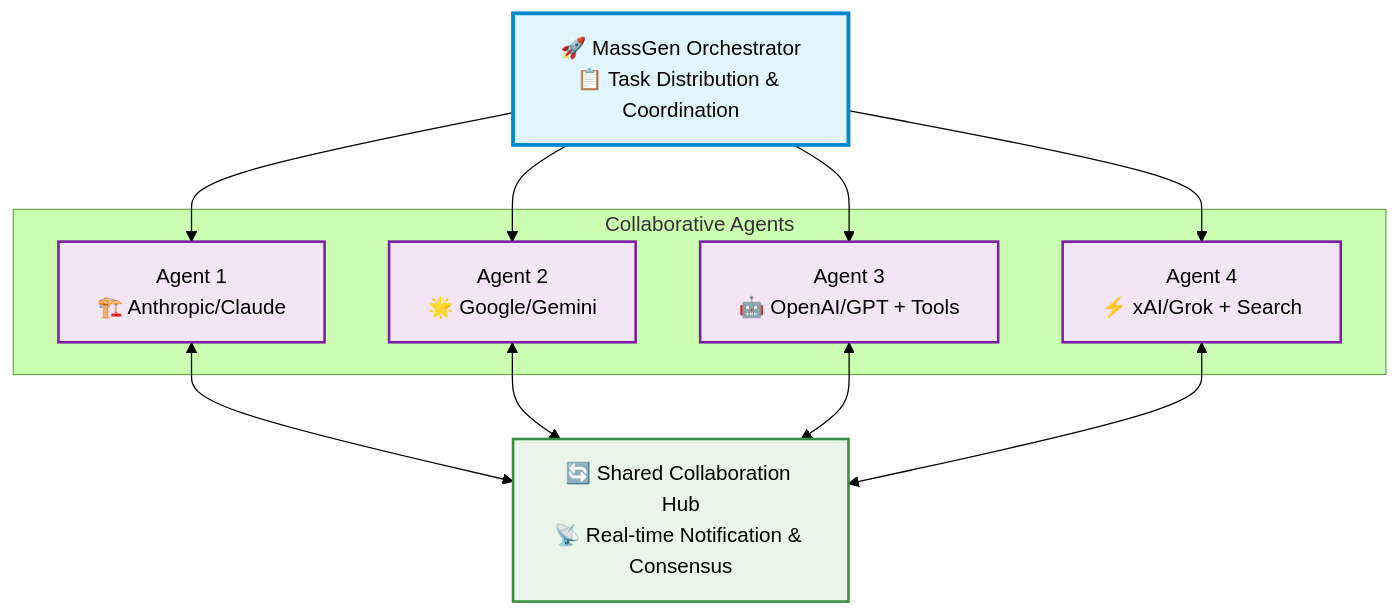
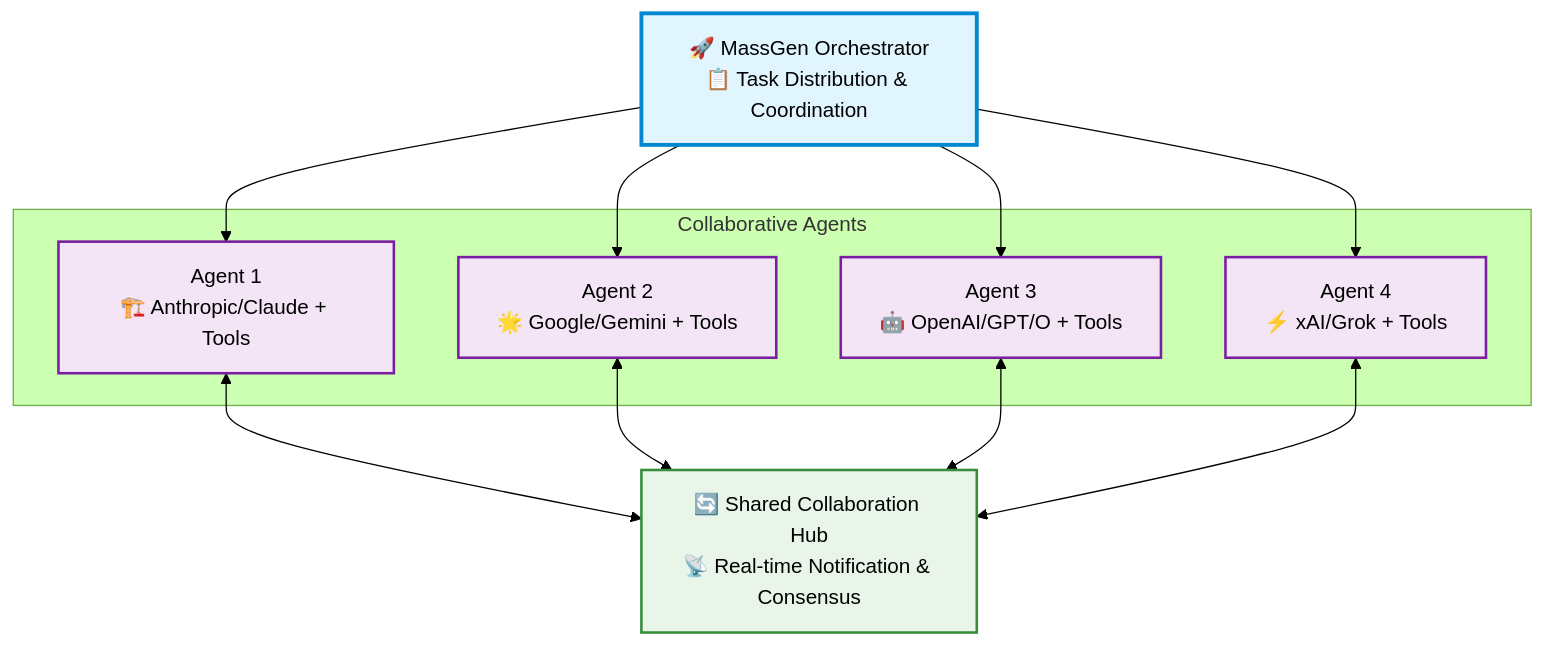
Before and after one commit to qidanrui/MassGen: the diagram in README.md, drawn with Mermaid (forest theme).

Commit message:
small fix

````diff
--- a/README.md
+++ b/README.md
@@ -46,24 +46,24 @@
 ```mermaid
 graph TB
     O[🚀 MassGen Orchestrator<br/>📋 Task Distribution & Coordination]
 
     subgraph Collaborative Agents
-        A1[Agent 1<br/>🏗️ Anthropic/Claude]
-        A2[Agent 2<br/>🌟 Google/Gemini]
-        A3[Agent 3<br/>🤖 OpenAI/GPT + Tools]
-        A4[Agent 4<br/>⚡ xAI/Grok + Search]
+        A1[Agent 1<br/>🏗️ Anthropic/Claude + Tools]
+        A2[Agent 2<br/>🌟 Google/Gemini + Tools]
+        A3[Agent 3<br/>🤖 OpenAI/GPT/O + Tools]
+        A4[Agent 4<br/>⚡ xAI/Grok + Tools]
     end
 
     H[🔄 Shared Collaboration Hub<br/>📡 Real-time Notification & Consensus]
 
     O --> A1 & A2 & A3 & A4
     A1 & A2 & A3 & A4 <--> H
 
     classDef orchestrator fill:#e1f5fe,stroke:#0288d1,stroke-width:3px
     classDef agent fill:#f3e5f5,stroke:#7b1fa2,stroke-width:2px
     classDef hub fill:#e8f5e8,stroke:#388e3c,stroke-width:2px
 
     class O orchestrator
     class A1,A2,A3,A4 agent
     class H hub
 ```
````
